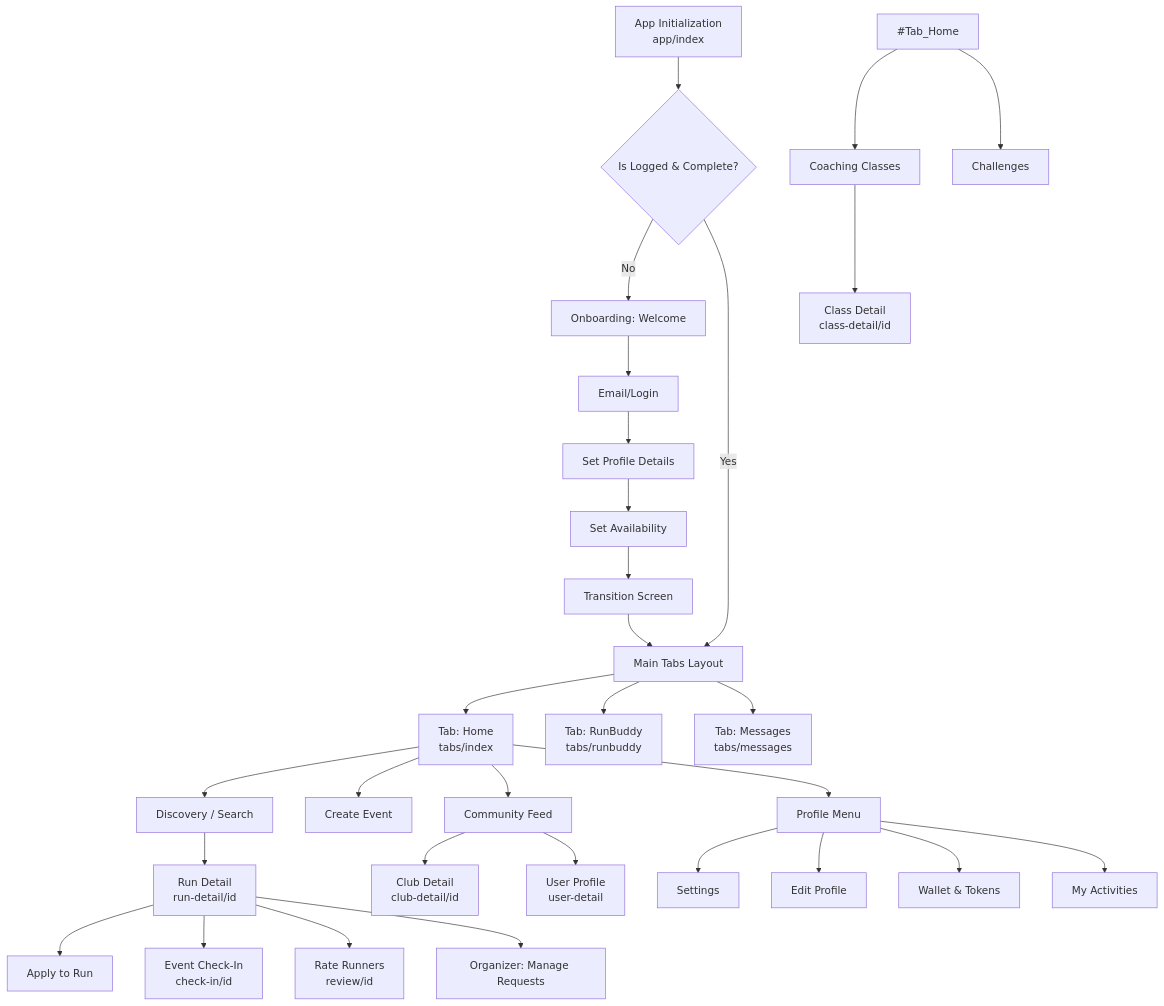
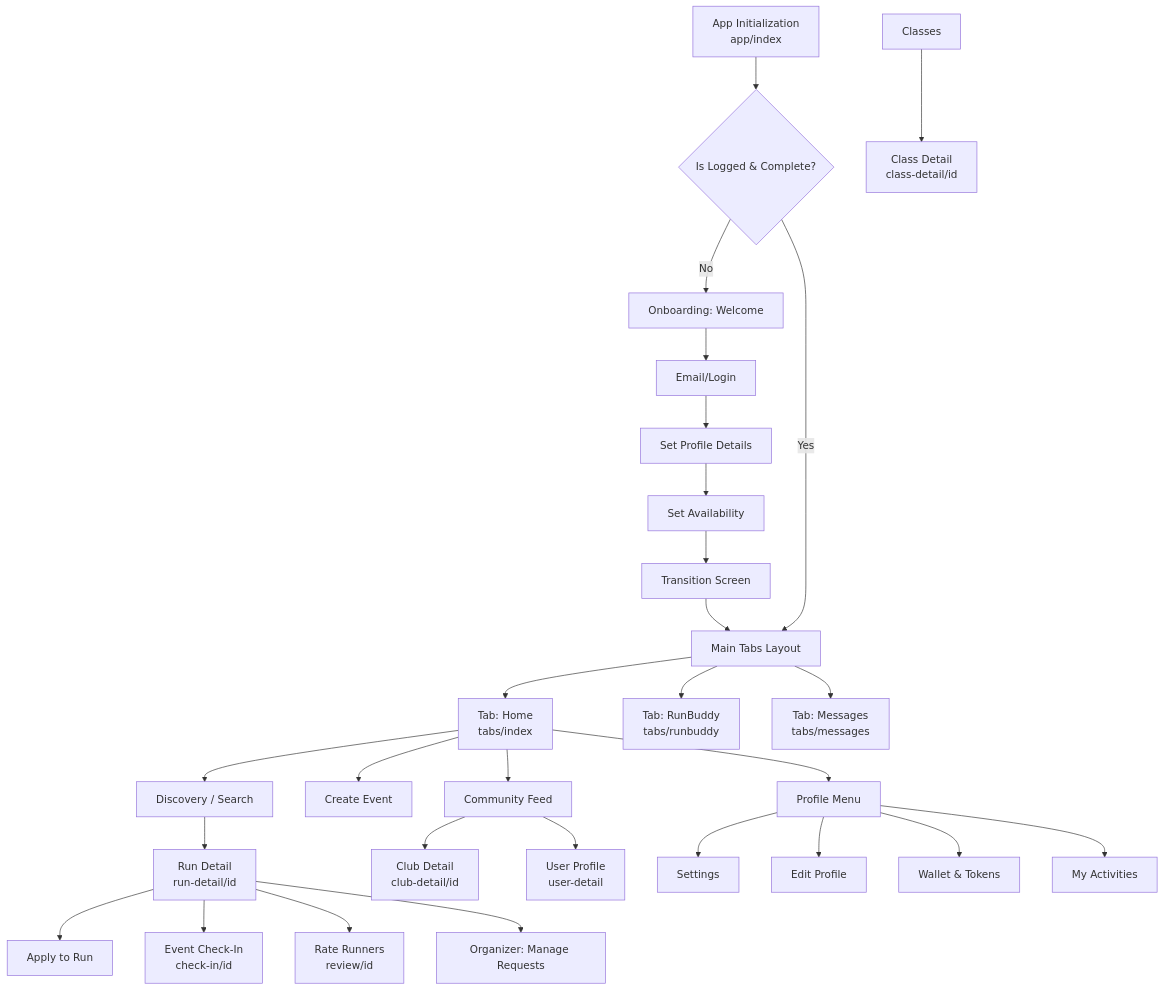
Before and after one commit to iloppini-max/LoccoLight: the first of 5 diagrams in Flows.md, drawn with Mermaid. The commit also changed other lines of this file, not shown here.

Commit message:
LFE: Update Flows.md

````diff
--- a/Flows.md
+++ b/Flows.md
@@ -9,46 +9,44 @@
 ```mermaid
 graph TD
     %% Entry Point
     Entry[App Initialization \n app/index] --> AuthCheck{Is Logged & Complete?}
 
     %% Onboarding Flow
     AuthCheck -->|No| OB_Welcome[Onboarding: Welcome]
     OB_Welcome --> OB_Auth[Email/Login]
     OB_Auth --> OB_Profile[Set Profile Details]
     OB_Profile --> OB_Avail[Set Availability]
     OB_Avail --> OB_Trans[Transition Screen]
     OB_Trans --> MainTabs
 
     %% Main App (Tabs)
     AuthCheck -->|Yes| MainTabs[Main Tabs Layout]
     
     MainTabs --> Tab_Home[Tab: Home \n tabs/index]
     MainTabs --> Tab_RunBuddy[Tab: RunBuddy \n tabs/runbuddy]
     MainTabs --> Tab_Messages[Tab: Messages \n tabs/messages]
 
     %% Home Branches
     Tab_Home --> Discovery[Discovery / Search]
     Tab_Home --> Create[Create Event]
     Tab_Home --> Community[Community Feed]
-    #Tab_Home --> Classes[Coaching Classes]
-    #Tab_Home --> Challenges[Challenges]
     Tab_Home --> ProfileNav[Profile Menu]
 
     %% Deep Links from Home
     Discovery --> RunDetail[Run Detail \n run-detail/id]
     Community --> ClubDetail[Club Detail \n club-detail/id]
     Community --> UserDetail[User Profile \n user-detail]
     Classes --> ClassDetail[Class Detail \n class-detail/id]
 
     %% Profile Branches
     ProfileNav --> ProfileSettings[Settings]
     ProfileNav --> ProfileEdit[Edit Profile]
     ProfileNav --> Wallet[Wallet & Tokens]
     ProfileNav --> Activities[My Activities]
     
     %% Run Interactions Actions
     RunDetail --> Application[Apply to Run]
     RunDetail --> CheckIn[Event Check-In \n check-in/id]
     RunDetail --> Review[Rate Runners \n review/id]
     RunDetail --> MemberRequests[Organizer: Manage Requests]
 ```
````
